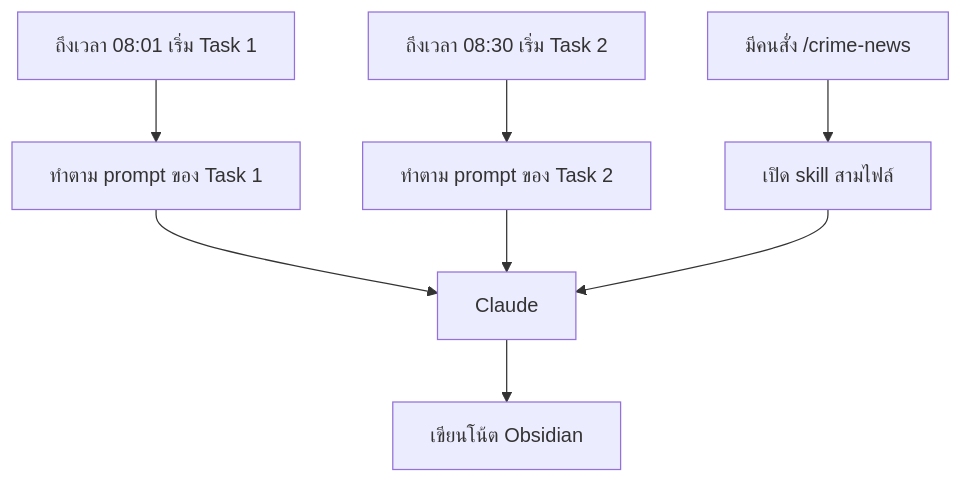
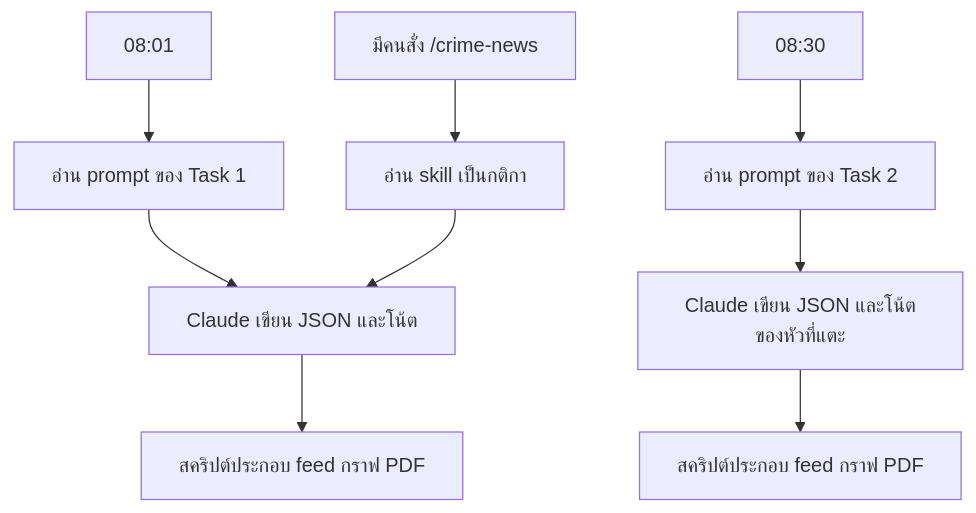
One commit to chiraleo2000/Police-news-intel-kit changed the second of 13 diagrams in structure.md. Above: the diagram before and after it, drawn with Mermaid. The commit also changed other lines of this file and 1 other file, not shown here.

First line of the commit message:
Explain the three layers and how the graph is assembled.

````diff
--- a/structure.md
+++ b/structure.md
@@ -34,10 +59,11 @@
 ```mermaid
 flowchart TD
-  T1[ถึงเวลา 08:01 เริ่ม Task 1] --> PR1[ทำตาม prompt ของ Task 1]
-  PR1 --> CL[Claude]
-  T2[ถึงเวลา 08:30 เริ่ม Task 2] --> PR2[ทำตาม prompt ของ Task 2]
-  PR2 --> CL
-  HAND["มีคนสั่ง /crime-news"] --> SK[เปิด skill สามไฟล์]
-  SK --> CL
-  CL --> V[เขียนโน้ต Obsidian]
+  T1[08:01] --> PR1[อ่าน prompt ของ Task 1]
+  PR1 --> CL1[Claude เขียน JSON และโน้ต]
+  CL1 --> SC1[สคริปต์ประกอบ feed กราฟ PDF]
+  T2[08:30] --> PR2[อ่าน prompt ของ Task 2]
+  PR2 --> CL2[Claude เขียน JSON และโน้ตของหัวที่แตะ]
+  CL2 --> SC2[สคริปต์ประกอบ feed กราฟ PDF]
+  HAND["มีคนสั่ง /crime-news"] --> SK[อ่าน skill เป็นกติกา]
+  SK --> CL1
 ```
````
